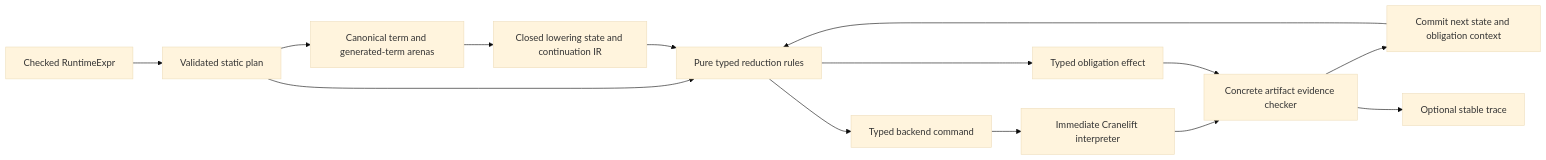
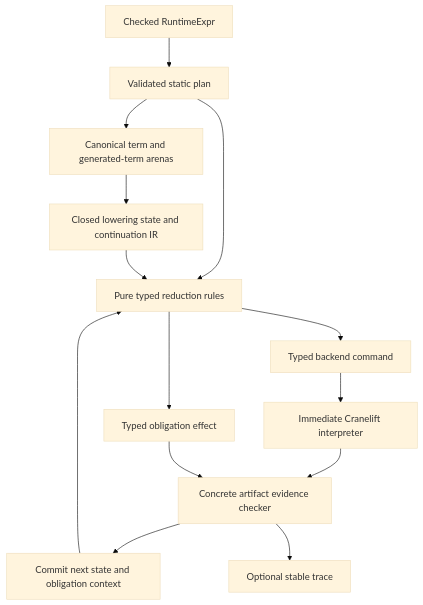
Before and after one commit to ken-topos/ken: the diagram in research/compiler-obligation-ir-refactor.md, drawn with Mermaid (base theme).

Commit message:
research: render obligation IR flow vertically

````diff
--- a/research/compiler-obligation-ir-refactor.md
+++ b/research/compiler-obligation-ir-refactor.md
@@ -197,16 +197,16 @@
 ```mermaid
-flowchart LR
+flowchart TD
     Source[Checked RuntimeExpr] --> Plan[Validated static plan]
     Plan --> Terms[Canonical term and generated-term arenas]
     Terms --> State[Closed lowering state and continuation IR]
     Plan --> Rules[Pure typed reduction rules]
     State --> Rules
     Rules --> Command[Typed backend command]
     Rules --> Effect[Typed obligation effect]
     Command --> CLIF[Immediate Cranelift interpreter]
     CLIF --> Evidence[Concrete artifact evidence checker]
     Effect --> Evidence
     Evidence --> Next[Commit next state and obligation context]
     Evidence --> Trace[Optional stable trace]
     Next --> Rules
 ```
````
